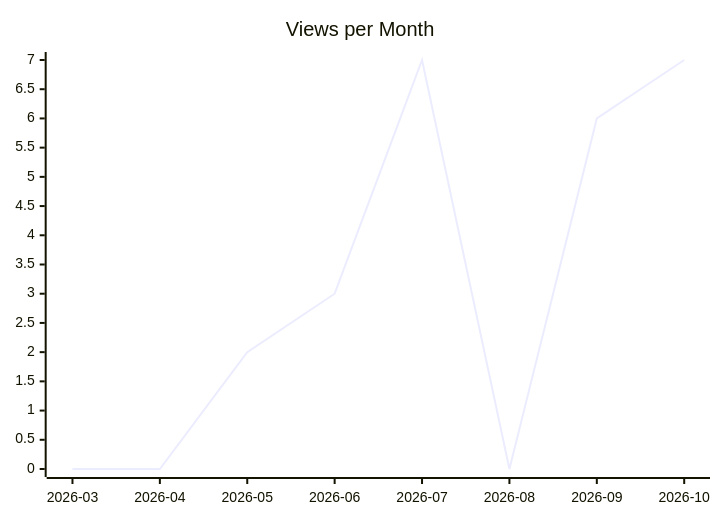
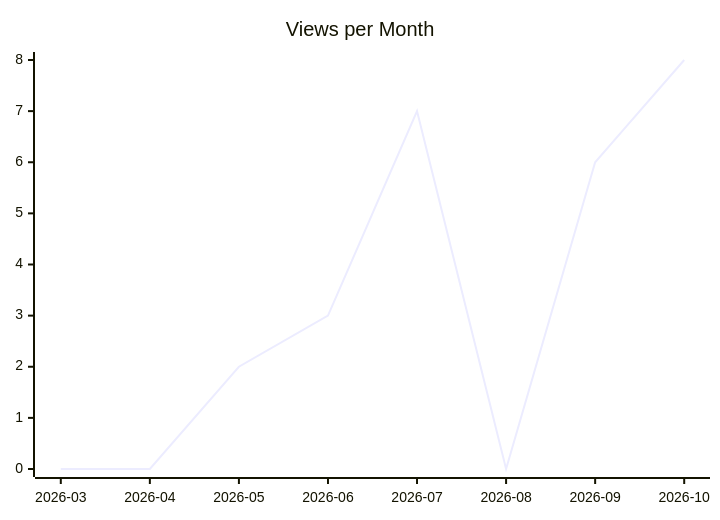
The second of 3 diagrams in karlmdavis/justdavis-karl/README.md (justdavis-family/github-analytics-data), drawn with Mermaid before and after one commit. The commit also changed other lines of this file and 197 other files, not shown here.

````diff
--- a/karlmdavis/justdavis-karl/README.md
+++ b/karlmdavis/justdavis-karl/README.md
@@ -12,6 +12,6 @@
 ```mermaid
 xychart-beta
   title "Views per Month"
   x-axis ["2026-03", "2026-04", "2026-05", "2026-06", "2026-07", "2026-08", "2026-09", "2026-10"]
-  line [0, 0, 2, 3, 7, 0, 6, 7]
+  line [0, 0, 2, 3, 7, 0, 6, 8]
 ```
````
